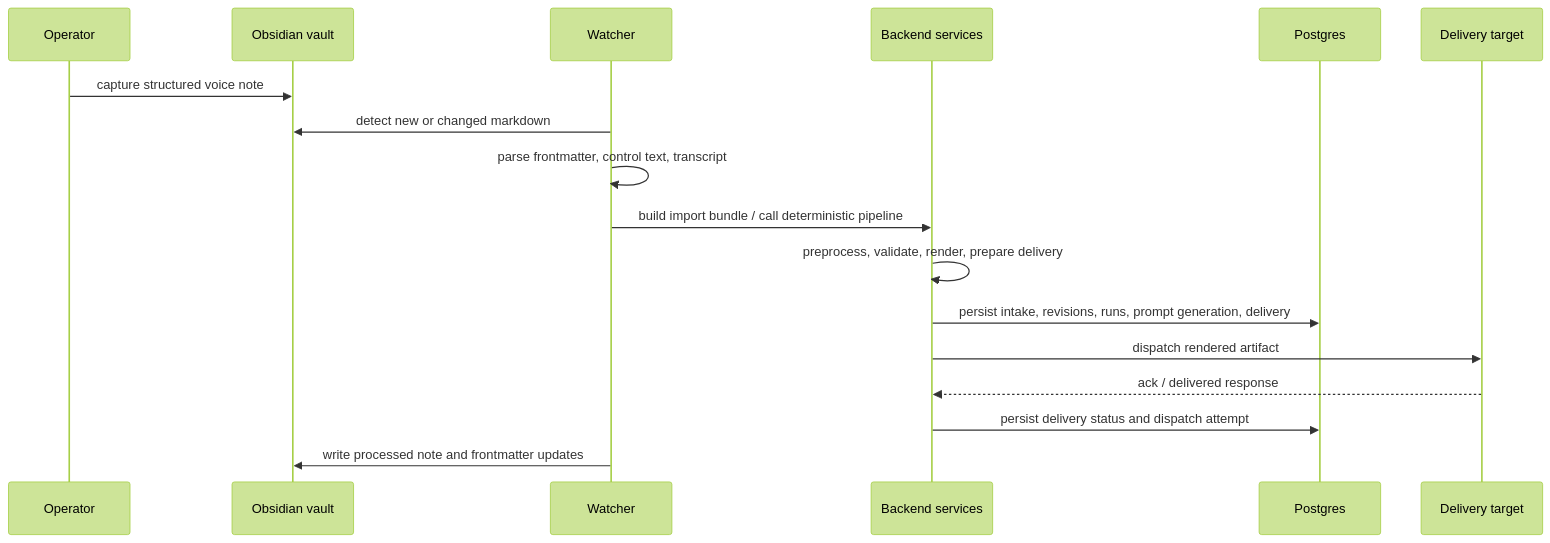
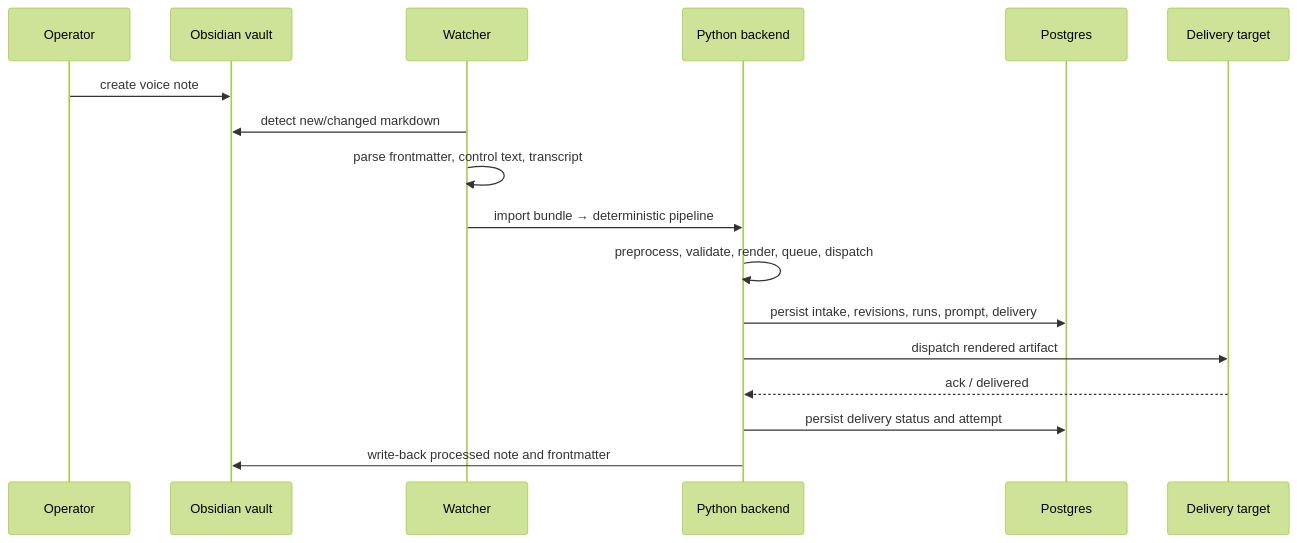
Before and after one commit to ngallodev-software/stt-n8n-promptbuilder: the fifth of 9 diagrams in docs/promptforge-system-architecture.md, drawn with Mermaid (forest theme). The commit also changed other lines of this file and 27 other files, not shown here.

````diff
--- a/docs/promptforge-system-architecture.md
+++ b/docs/promptforge-system-architecture.md
@@ -242,20 +207,20 @@
 ```mermaid
 sequenceDiagram
   participant O as Operator
   participant V as Obsidian vault
   participant W as Watcher
-  participant S as Backend services
+  participant S as Python backend
   participant P as Postgres
   participant D as Delivery target
 
-  O->>V: capture structured voice note
-  W->>V: detect new or changed markdown
+  O->>V: create voice note
+  W->>V: detect new/changed markdown
   W->>W: parse frontmatter, control text, transcript
-  W->>S: build import bundle / call deterministic pipeline
-  S->>S: preprocess, validate, render, prepare delivery
-  S->>P: persist intake, revisions, runs, prompt generation, delivery
+  W->>S: import bundle → deterministic pipeline
+  S->>S: preprocess, validate, render, queue, dispatch
+  S->>P: persist intake, revisions, runs, prompt, delivery
   S->>D: dispatch rendered artifact
-  D-->>S: ack / delivered response
-  S->>P: persist delivery status and dispatch attempt
-  W->>V: write processed note and frontmatter updates
+  D-->>S: ack / delivered
+  S->>P: persist delivery status and attempt
+  S->>V: write-back processed note and frontmatter
 ```
````
